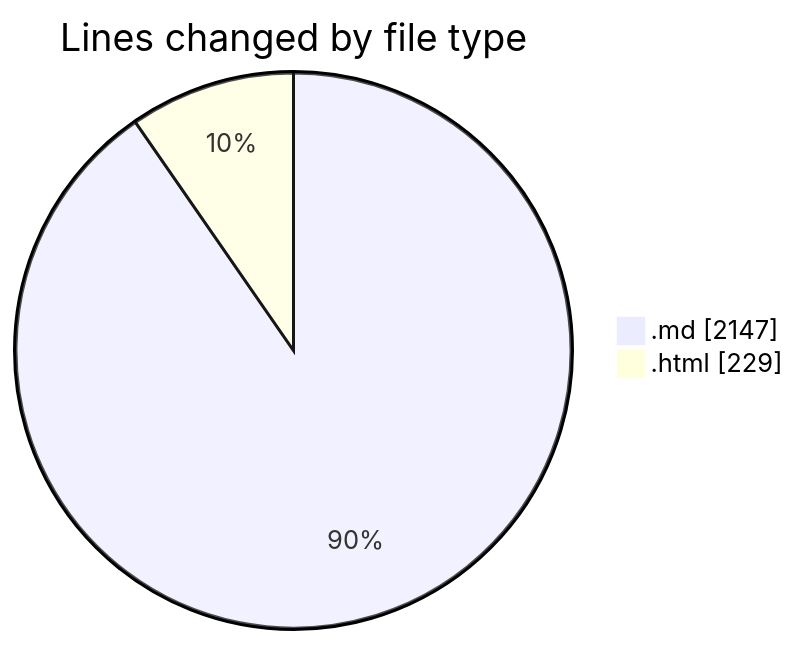
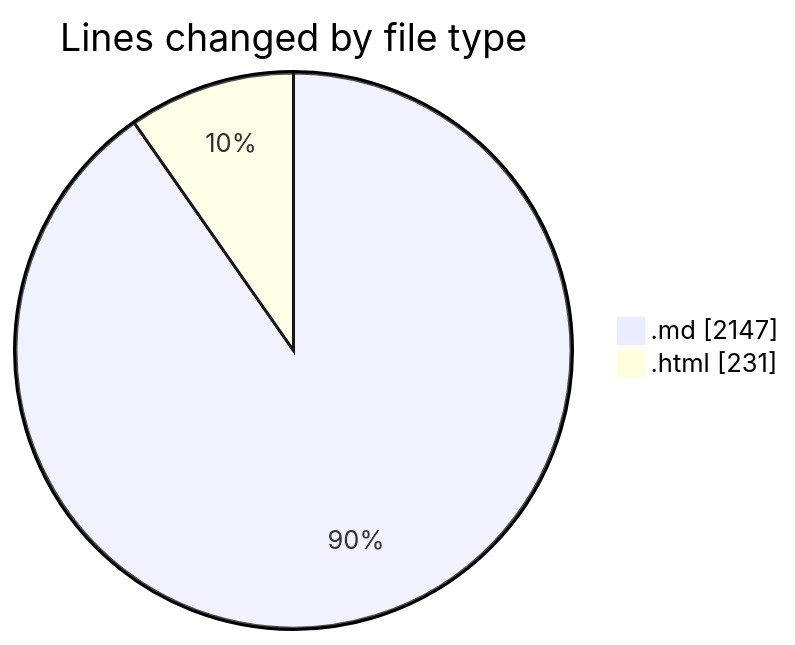
Before and after one commit to Ritupan-Deka/code-tracking: the first of 2 diagrams in 2025-07-07/urlwebwala_intership_work/README.md, drawn with Mermaid. The commit also changed other lines of this file and 1 other file, not shown here.

````diff
--- a/2025-07-07/urlwebwala_intership_work/README.md
+++ b/2025-07-07/urlwebwala_intership_work/README.md
@@ -25,6 +25,6 @@
 ```mermaid
 pie showData
 title Lines changed by file type
 ".md" : 2147
-".html" : 229
+".html" : 231
 ```
````
